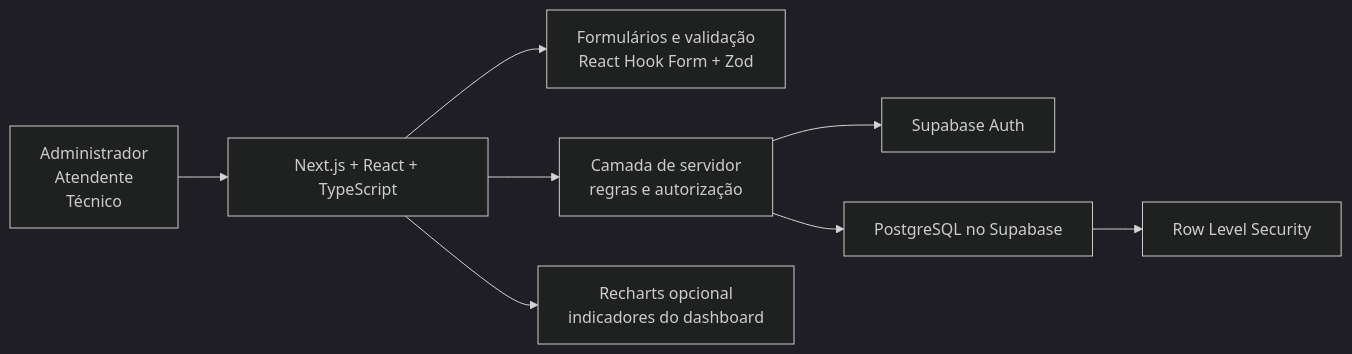
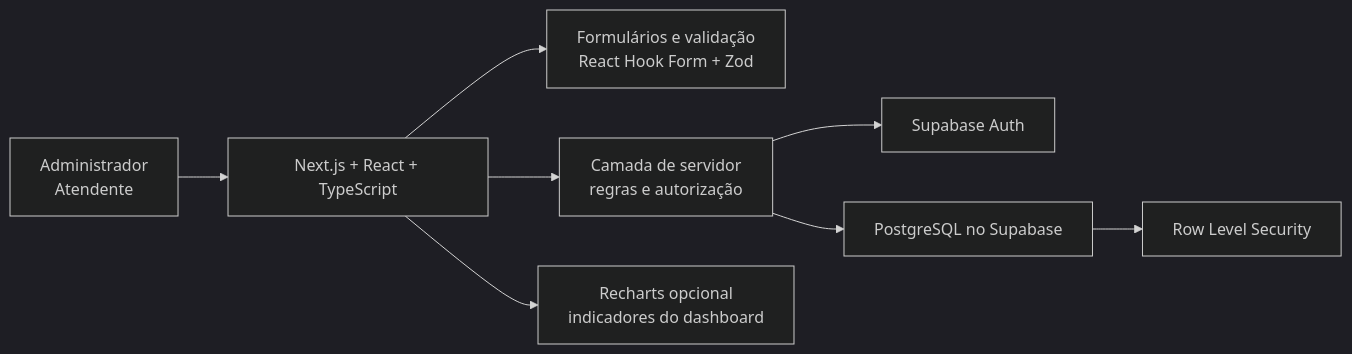
The third of 3 diagrams in docs/superpowers/specs/2026-08-31-mundo-ar-sistema-oficina-design.md (AdautoFurich/mundo-ar-climatizacao), drawn with Mermaid (dark theme) before and after one commit. The commit also changed other lines of this file and 15 other files, not shown here.

````diff
--- a/docs/superpowers/specs/2026-08-31-mundo-ar-sistema-oficina-design.md
+++ b/docs/superpowers/specs/2026-08-31-mundo-ar-sistema-oficina-design.md
@@ -186,10 +182,10 @@
 ```mermaid
 flowchart LR
-    U[Administrador\nAtendente\nTécnico] --> N[Next.js + React + TypeScript]
+    U[Administrador\nAtendente] --> N[Next.js + React + TypeScript]
     N --> V[Formulários e validação\nReact Hook Form + Zod]
     N --> S[Camada de servidor\nregras e autorização]
     S --> A[Supabase Auth]
     S --> P[PostgreSQL no Supabase]
     P --> R[Row Level Security]
     N --> C[Recharts opcional\nindicadores do dashboard]
 ```
````
